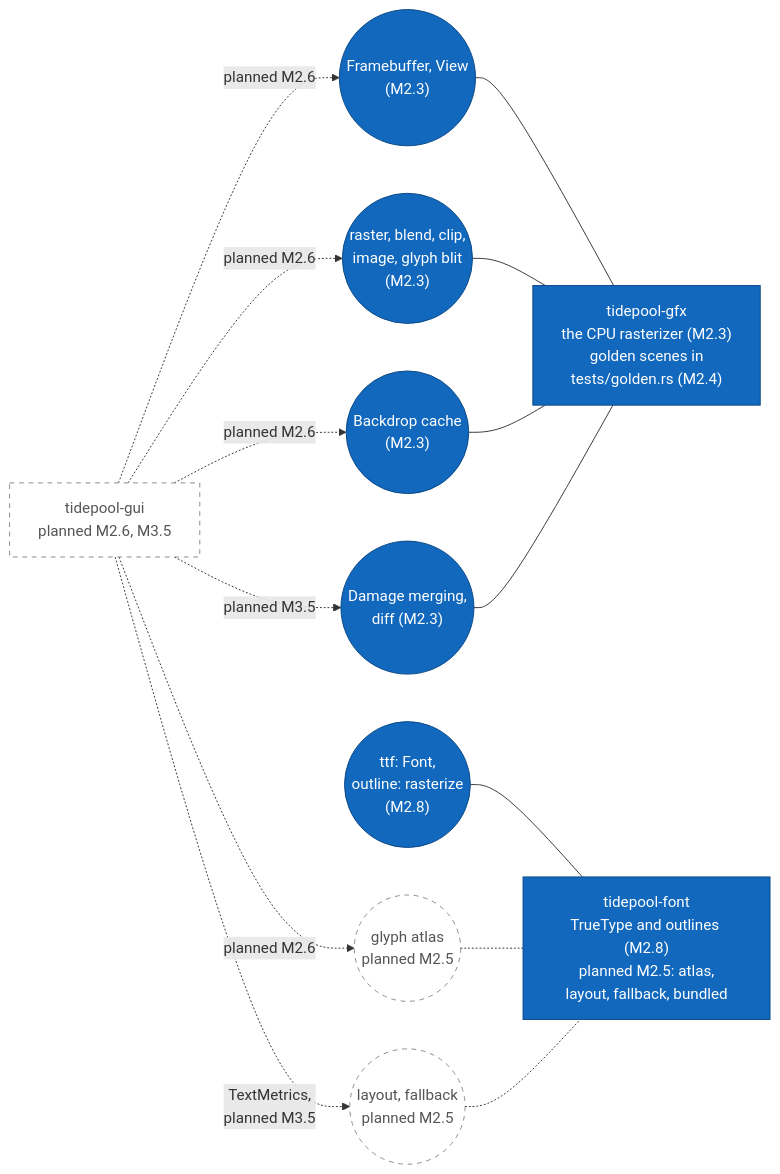
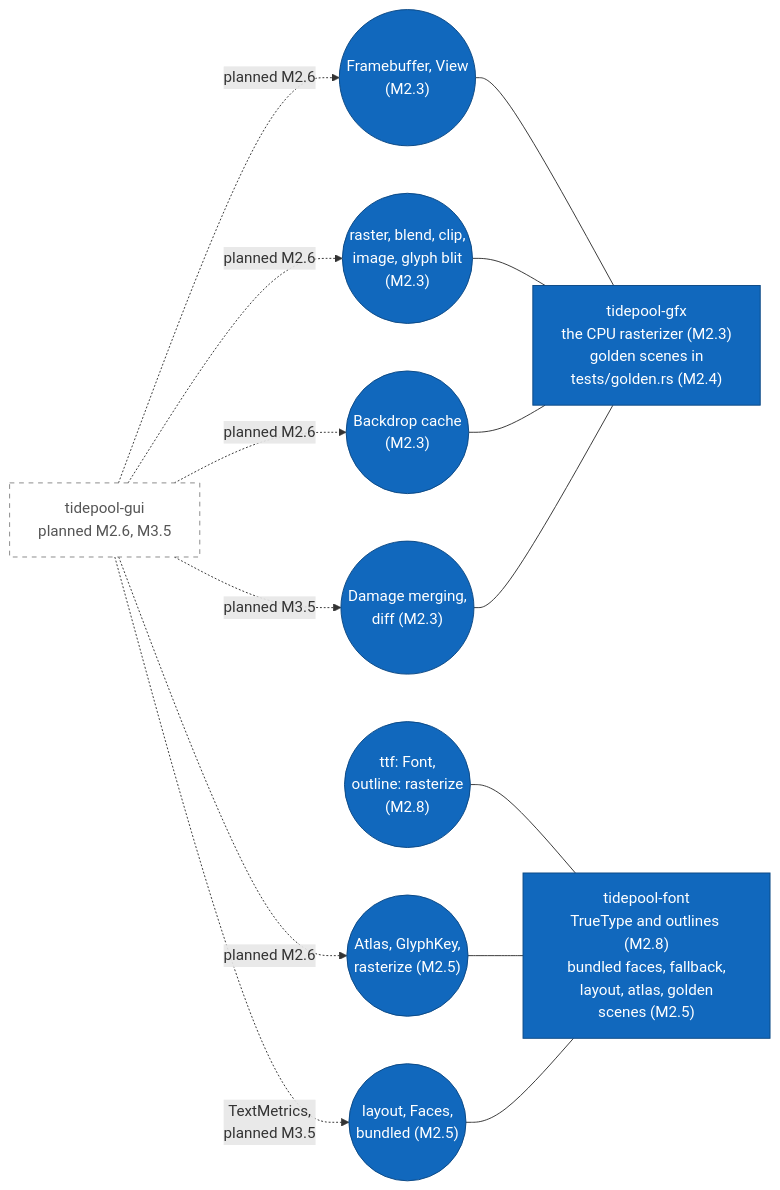
One commit to jabbott-iii/Tidepool changed the tenth of 21 diagrams in diagrams/component-diagrams.md. Above: the diagram before and after it, drawn with Mermaid. The commit also changed other lines of this file and 33 other files, not shown here.

First line of the commit message:
font: atlas, layout, fallback, bundled faces and glyph goldens (M2.5)

````diff
--- a/diagrams/component-diagrams.md
+++ b/diagrams/component-diagrams.md
@@ -542,36 +543,35 @@
 ```mermaid
 flowchart LR
     c_gui["tidepool-gui<br/>planned M2.6, M3.5"]
 
     i_fb(("Framebuffer, View<br/>(M2.3)"))
     i_raster(("raster, blend, clip,<br/>image, glyph blit<br/>(M2.3)"))
     i_backdrop(("Backdrop cache<br/>(M2.3)"))
     i_damage(("Damage merging,<br/>diff (M2.3)"))
     c_gfx["tidepool-gfx<br/>the CPU rasterizer (M2.3)<br/>golden scenes in<br/>tests/golden.rs (M2.4)"]
 
     i_ttf(("ttf: Font,<br/>outline: rasterize<br/>(M2.8)"))
-    i_atlas(("glyph atlas<br/>planned M2.5"))
-    i_layout(("layout, fallback<br/>planned M2.5"))
-    c_font["tidepool-font<br/>TrueType and outlines (M2.8)<br/>planned M2.5: atlas,<br/>layout, fallback, bundled"]
+    i_atlas(("Atlas, GlyphKey,<br/>rasterize (M2.5)"))
+    i_layout(("layout, Faces,<br/>bundled (M2.5)"))
+    c_font["tidepool-font<br/>TrueType and outlines (M2.8)<br/>bundled faces, fallback,<br/>layout, atlas, golden<br/>scenes (M2.5)"]
 
     c_gui -.->|"planned M2.6"| i_fb
     c_gui -.->|"planned M2.6"| i_raster
     c_gui -.->|"planned M2.6"| i_backdrop
     c_gui -.->|"planned M3.5"| i_damage
     c_gui -.->|"planned M2.6"| i_atlas
     c_gui -.->|"TextMetrics,<br/>planned M3.5"| i_layout
 
     i_fb --- c_gfx
     i_raster --- c_gfx
     i_backdrop --- c_gfx
     i_damage --- c_gfx
     i_ttf --- c_font
-    i_atlas -.- c_font
-    i_layout -.- c_font
+    i_atlas --- c_font
+    i_layout --- c_font
 
     classDef built fill:#1168bd,stroke:#0b4884,color:#ffffff
     classDef planned fill:#ffffff,stroke:#888888,stroke-dasharray: 5 5,color:#555555
-    class c_gfx,i_fb,i_raster,i_backdrop,i_damage,c_font,i_ttf built
+    class c_gfx,i_fb,i_raster,i_backdrop,i_damage,c_font,i_ttf,i_atlas,i_layout built
     class c_gui planned
-    class i_atlas,i_layout planned
 ```
````
